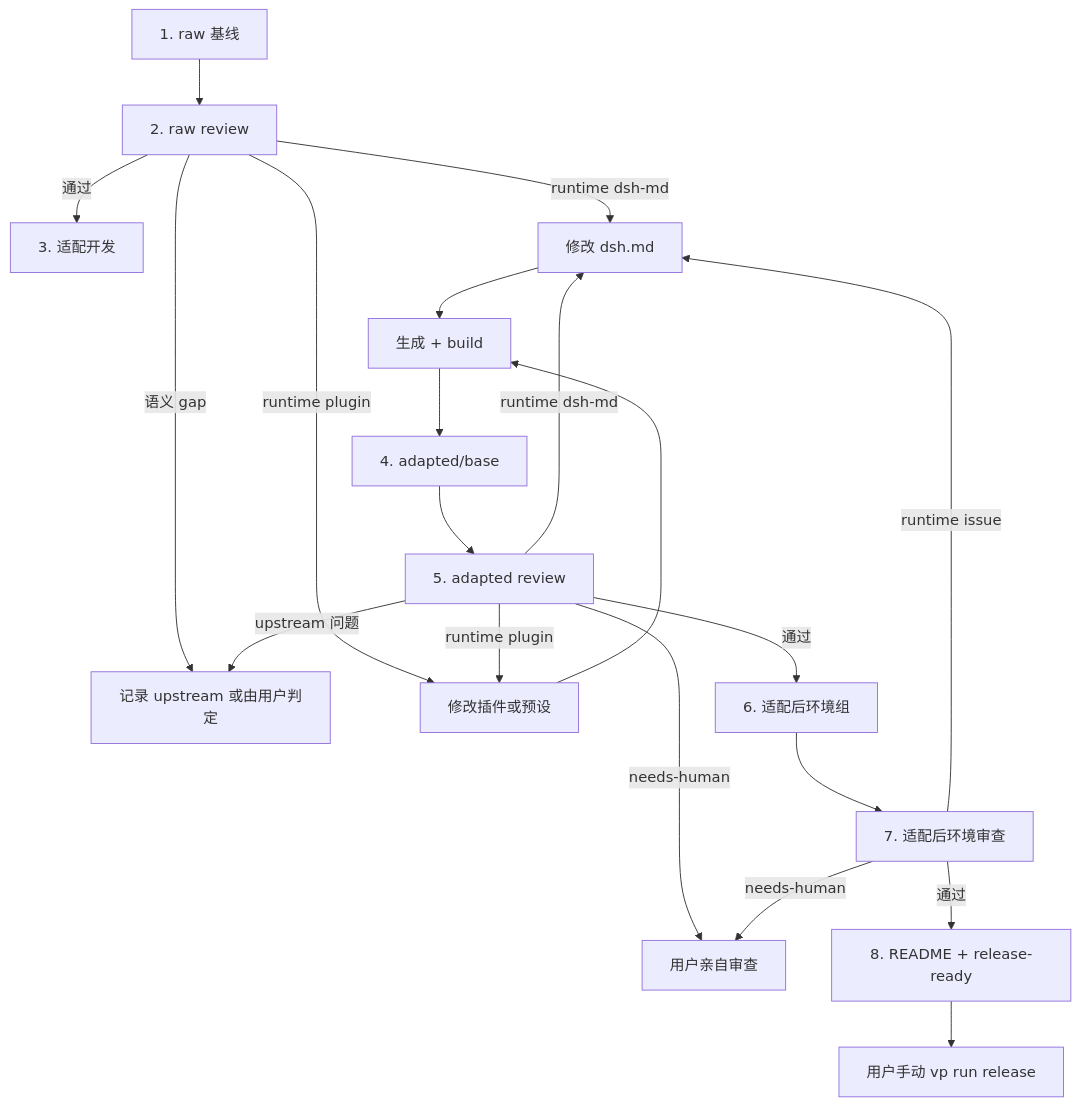
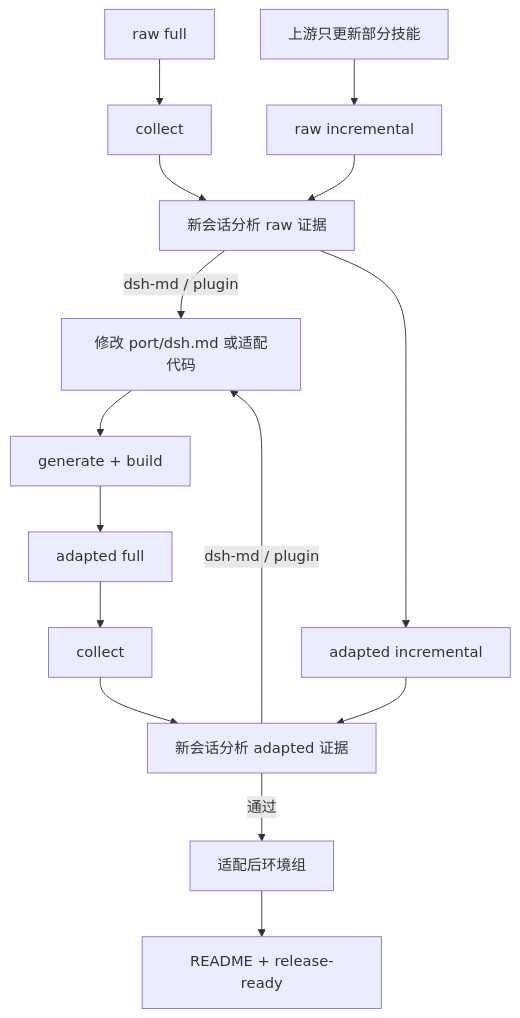
Before and after one commit to MaxonT/dsh-pstack: the diagram in playground/docs/verification-loop.md, drawn with Mermaid. The commit also changed other lines of this file and 10 other files, not shown here.

````diff
--- a/playground/docs/verification-loop.md
+++ b/playground/docs/verification-loop.md
@@ -11,22 +25,17 @@
 ```mermaid
 flowchart TD
-  raw[1. raw 基线] --> rawReview[2. raw review]
-  rawReview -->|通过| adapt[3. 适配开发]
-  rawReview -->|语义 gap| upstream[记录 upstream 或由用户判定]
-  rawReview -->|runtime dsh-md| dsh[修改 dsh.md]
-  rawReview -->|runtime plugin| plugin[修改插件或预设]
-  dsh --> build[生成 + build]
-  plugin --> build
-  build --> adapted[4. adapted/base]
-  adapted --> adaptReview[5. adapted review]
-  adaptReview -->|runtime dsh-md| dsh
-  adaptReview -->|runtime plugin| plugin
-  adaptReview -->|upstream 问题| upstream
-  adaptReview -->|needs-human| human[用户亲自审查]
-  adaptReview -->|通过| envGroup[6. 适配后环境组]
-  envGroup --> envReview[7. 适配后环境审查]
-  envReview -->|runtime issue| dsh
-  envReview -->|needs-human| human
-  envReview -->|通过| release[8. README + release-ready]
-  release --> manual[用户手动 vp run release]
+  rawFull[raw full] --> collectRaw[collect]
+  collectRaw --> analyzeRaw[新会话分析 raw 证据]
+  analyzeRaw -->|dsh-md / plugin| portChange[修改 port/dsh.md 或适配代码]
+  portChange --> build[generate + build]
+  build --> adaptedFull[adapted full]
+  adaptedFull --> collectAdapted[collect]
+  collectAdapted --> analyzeAdapted[新会话分析 adapted 证据]
+  analyzeAdapted -->|dsh-md / plugin| portChange
+  analyzeAdapted -->|通过| envGroup[适配后环境组]
+  envGroup --> release[README + release-ready]
+  upstream[上游只更新部分技能] --> rawDelta[raw incremental]
+  rawDelta --> analyzeRaw
+  analyzeRaw --> adaptedDelta[adapted incremental]
+  adaptedDelta --> analyzeAdapted
 ```
````
